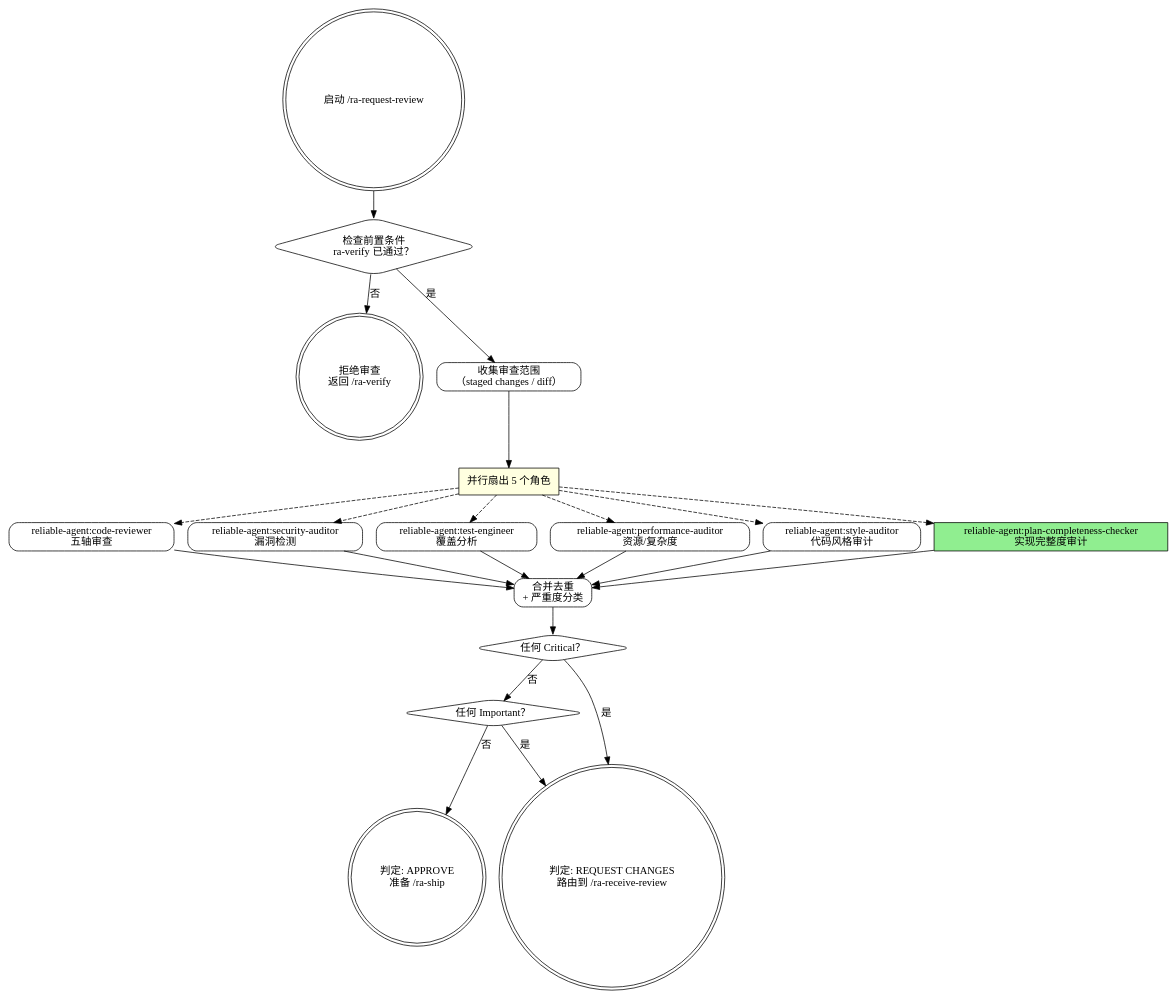
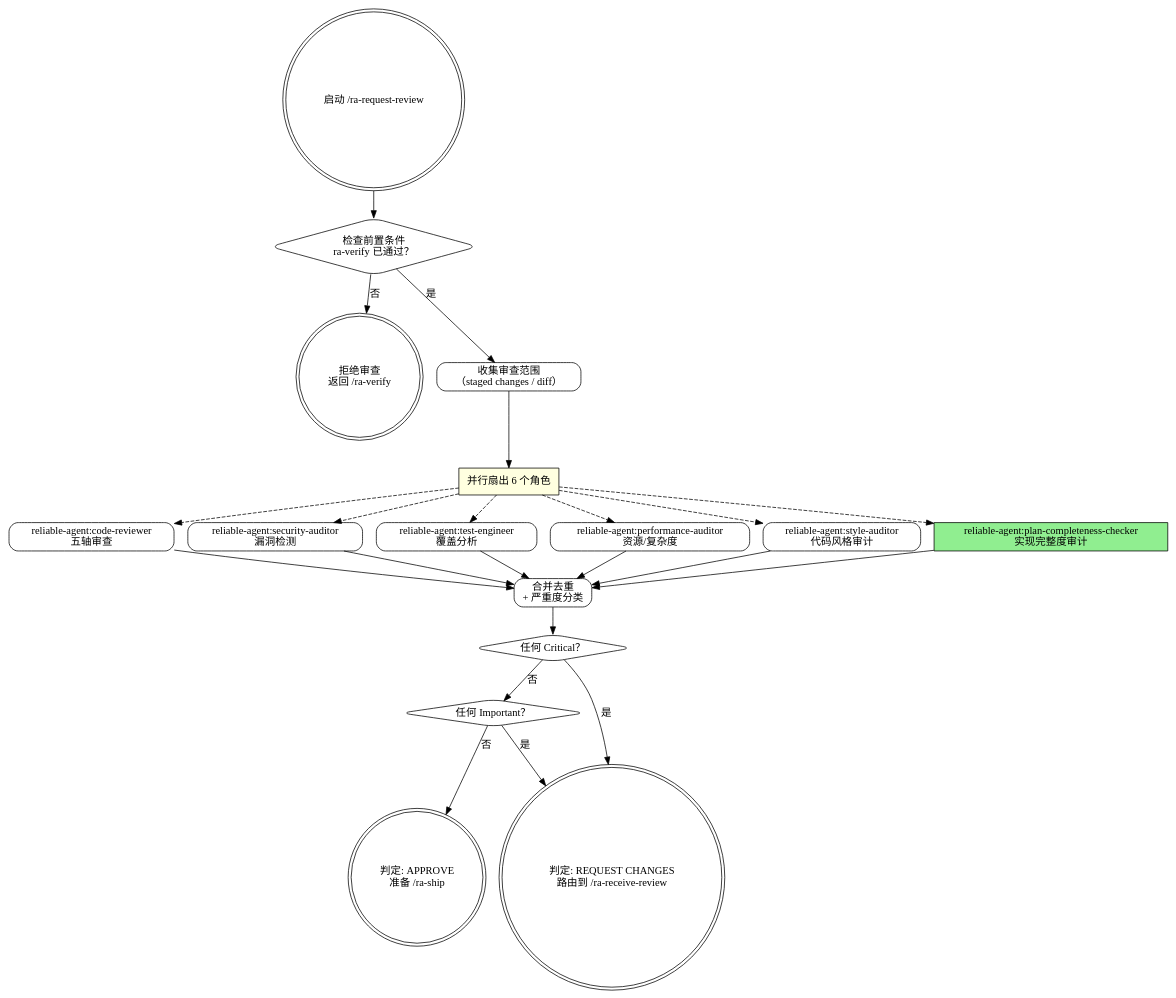
Before and after one commit to sueichen/reliable-agent: the diagram in skills/ra-request-review/SKILL.md, drawn with Graphviz. The commit also changed other lines of this file and 1 other file, not shown here.

````diff
--- a/skills/ra-request-review/SKILL.md
+++ b/skills/ra-request-review/SKILL.md
@@ -28,45 +28,45 @@
 ```dot
 digraph reliable_request_review {
     rankdir=TB;
     node [shape=box, style=rounded];
 
     start [label="启动 /ra-request-review", shape=doublecircle];
     preflight [label="检查前置条件\nra-verify 已通过？", shape=diamond];
     reject [label="拒绝审查\n返回 /ra-verify", shape=doublecircle];
     scope [label="收集审查范围\n（staged changes / diff）"];
-    parallel [label="并行扇出 5 个角色", shape=box style=filled fillcolor=lightyellow];
+    parallel [label="并行扇出 6 个角色", shape=box style=filled fillcolor=lightyellow];
     reviewer [label="reliable-agent:code-reviewer\n五轴审查", shape=box];
     security [label="reliable-agent:security-auditor\n漏洞检测", shape=box];
     test_eng [label="reliable-agent:test-engineer\n覆盖分析", shape=box];
     perf [label="reliable-agent:performance-auditor\n资源/复杂度", shape=box];
     style [label="reliable-agent:style-auditor\n代码风格审计", shape=box];
     pcc [label="reliable-agent:plan-completeness-checker\n实现完整度审计", shape=box style=filled fillcolor=lightgreen];
     merge [label="合并去重\n+ 严重度分类"];
     any_critical [label="任何 Critical？", shape=diamond];
     any_important [label="任何 Important？", shape=diamond];
     verdict_changes [label="判定: REQUEST CHANGES\n路由到 /ra-receive-review", shape=doublecircle];
     verdict_approve [label="判定: APPROVE\n准备 /ra-ship", shape=doublecircle];
 
     start -> preflight;
     preflight -> reject [label="否"];
     preflight -> scope [label="是"];
     scope -> parallel;
     parallel -> reviewer [style=dashed];
     parallel -> security [style=dashed];
     parallel -> test_eng [style=dashed];
     parallel -> perf [style=dashed];
     parallel -> style [style=dashed];
     parallel -> pcc [style=dashed];
     reviewer -> merge;
     security -> merge;
     test_eng -> merge;
     perf -> merge;
     style -> merge;
     pcc -> merge;
     merge -> any_critical;
     any_critical -> verdict_changes [label="是"];
     any_critical -> any_important [label="否"];
     any_important -> verdict_changes [label="是"];
     any_important -> verdict_approve [label="否"];
 }
 ```
````
